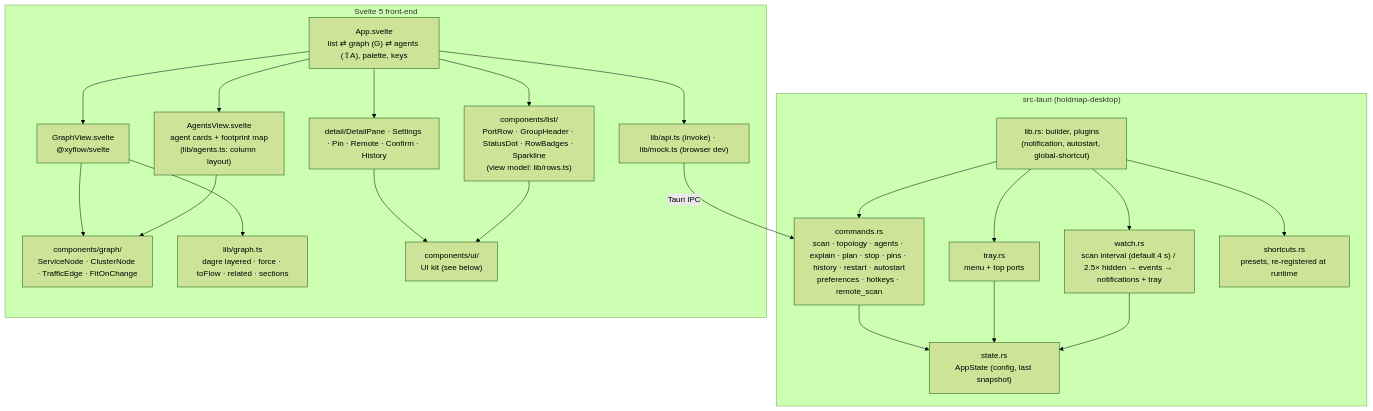
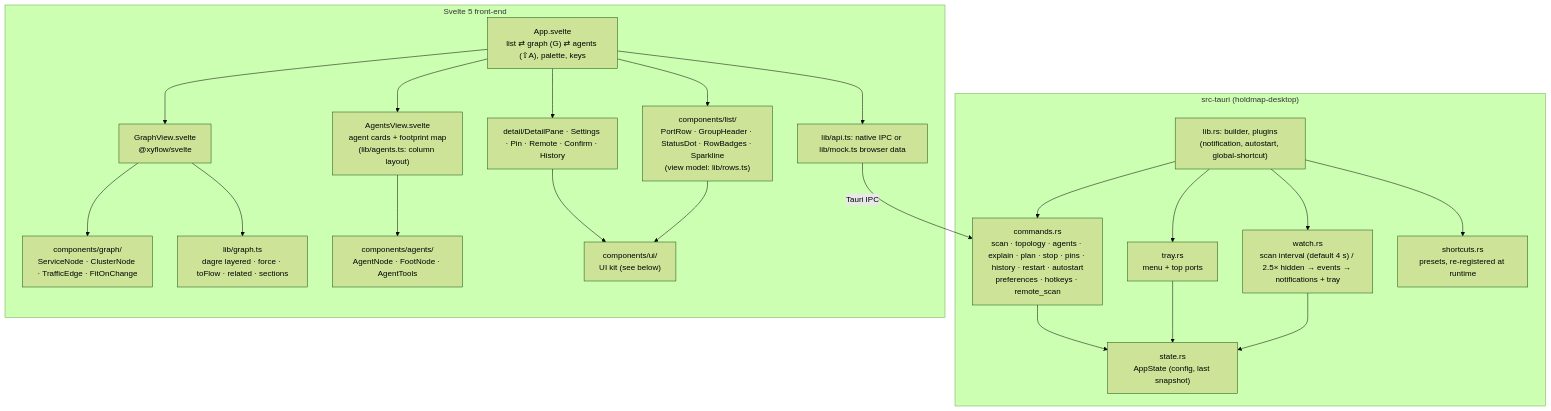
One commit to santoshshinde2012/holdmap changed the sixth of 6 diagrams in docs/architecture.md. Above: the diagram before and after it, drawn with Mermaid (forest theme). The commit also changed other lines of this file and 99 other files, not shown here.

````diff
--- a/docs/architecture.md
+++ b/docs/architecture.md
@@ -215,31 +230,32 @@
 ```mermaid
 flowchart TB
   subgraph Rust["src-tauri (holdmap-desktop)"]
     LIB["lib.rs: builder, plugins<br/>(notification, autostart, global-shortcut)"]
     CMD["commands.rs<br/>scan · topology · agents · explain · plan · stop · pins · history · restart · autostart<br/>preferences · hotkeys · remote_scan"]
     ST["state.rs<br/>AppState (config, last snapshot)"]
     TR["tray.rs<br/>menu + top ports"]
     W["watch.rs<br/>scan interval (default 4 s) / 2.5× hidden → events → notifications + tray"]
     SC["shortcuts.rs<br/>presets, re-registered at runtime"]
     LIB --> CMD & TR & W & SC
     CMD & TR & W --> ST
   end
   subgraph UI["Svelte 5 front-end"]
     APP["App.svelte<br/>list ⇄ graph (G) ⇄ agents (⇧A), palette, keys"]
     GV["GraphView.svelte<br/>@xyflow/svelte"]
     AV["AgentsView.svelte<br/>agent cards + footprint map<br/>(lib/agents.ts: column layout)"]
     NODES["components/graph/<br/>ServiceNode · ClusterNode · TrafficEdge · FitOnChange"]
+    AGNODES["components/agents/<br/>AgentNode · FootNode · AgentTools"]
     LG["lib/graph.ts<br/>dagre layered · force · toFlow · related · sections"]
     OTHER["detail/DetailPane · Settings · Pin · Remote · Confirm · History"]
     LIST["components/list/<br/>PortRow · GroupHeader · StatusDot · RowBadges · Sparkline<br/>(view model: lib/rows.ts)"]
     KIT["components/ui/<br/>UI kit (see below)"]
-    API["lib/api.ts (invoke) · lib/mock.ts (browser dev)"]
+    API["lib/api.ts: native IPC or lib/mock.ts browser data"]
     APP --> GV --> NODES
-    APP --> AV --> NODES
+    APP --> AV --> AGNODES
     GV --> LG
     APP --> OTHER --> KIT
     APP --> LIST --> KIT
     APP --> API
   end
   API -- "Tauri IPC" --> CMD
 ```
````
